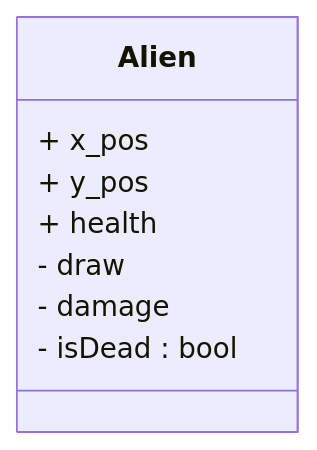
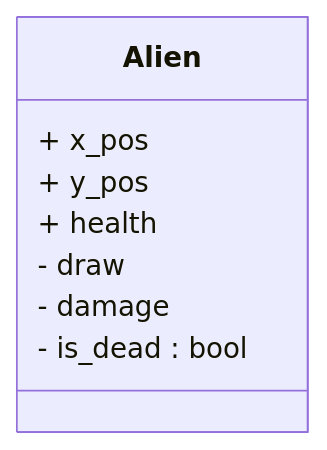
The diagram in Luhan/planning.md (Luhan-Steenberg/Project-Cosmic), drawn with Mermaid before and after one commit. The commit also changed 5 other files, not shown here.

````diff
--- a/Luhan/planning.md
+++ b/Luhan/planning.md
@@ -9,13 +9,13 @@
 ```mermaid
 classDiagram
     class Alien{
         + x_pos
         + y_pos
         + health
         - draw
         - damage
-        - isDead : bool
+        - is_dead : bool
         
     }
     
 ```
````
